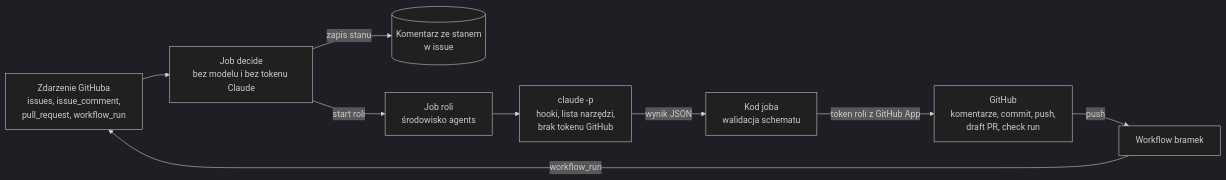
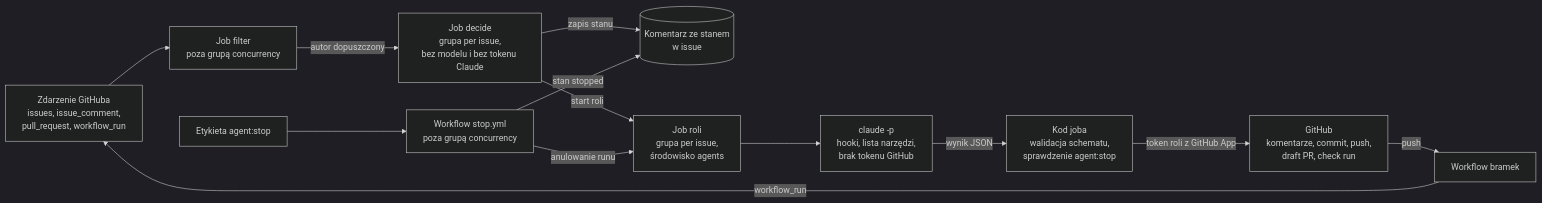
The second of 2 diagrams in plan.md (devTomaszStoklosa/sdlc-multi-agent-pipeline), drawn with Mermaid (dark theme) before and after one commit. The commit also changed other lines of this file, not shown here.

First line of the commit message:
docs: handle agent:stop outside the per-issue concurrency group

````diff
--- a/plan.md
+++ b/plan.md
@@ -137,11 +140,15 @@
 ```mermaid
 flowchart LR
-    E["Zdarzenie GitHuba<br/>issues, issue_comment,<br/>pull_request, workflow_run"] --> D["Job decide<br/>bez modelu i bez tokenu Claude"]
+    E["Zdarzenie GitHuba<br/>issues, issue_comment,<br/>pull_request, workflow_run"] --> F["Job filter<br/>poza grupą concurrency"]
+    F -->|autor dopuszczony| D["Job decide<br/>grupa per issue,<br/>bez modelu i bez tokenu Claude"]
     D -->|zapis stanu| S[("Komentarz ze stanem<br/>w issue")]
-    D -->|start roli| R["Job roli<br/>środowisko agents"]
+    D -->|start roli| R["Job roli<br/>grupa per issue,<br/>środowisko agents"]
     R --> C["claude -p<br/>hooki, lista narzędzi,<br/>brak tokenu GitHub"]
-    C -->|wynik JSON| W["Kod joba<br/>walidacja schematu"]
+    C -->|wynik JSON| W["Kod joba<br/>walidacja schematu,<br/>sprawdzenie agent:stop"]
     W -->|token roli z GitHub App| G["GitHub<br/>komentarze, commit, push,<br/>draft PR, check run"]
     G -->|push| CI["Workflow bramek"]
     CI -->|workflow_run| E
+    T["Etykieta agent:stop"] --> X["Workflow stop.yml<br/>poza grupą concurrency"]
+    X -->|anulowanie runu| R
+    X -->|stan stopped| S
 ```
````
